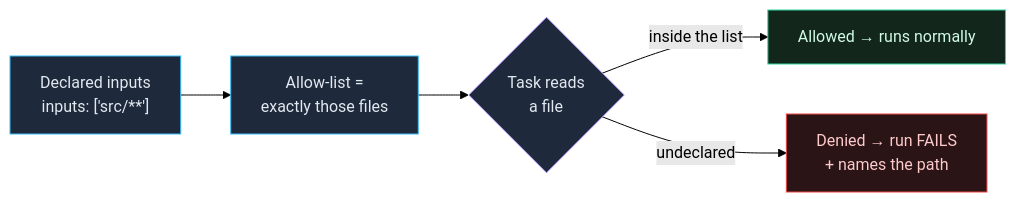
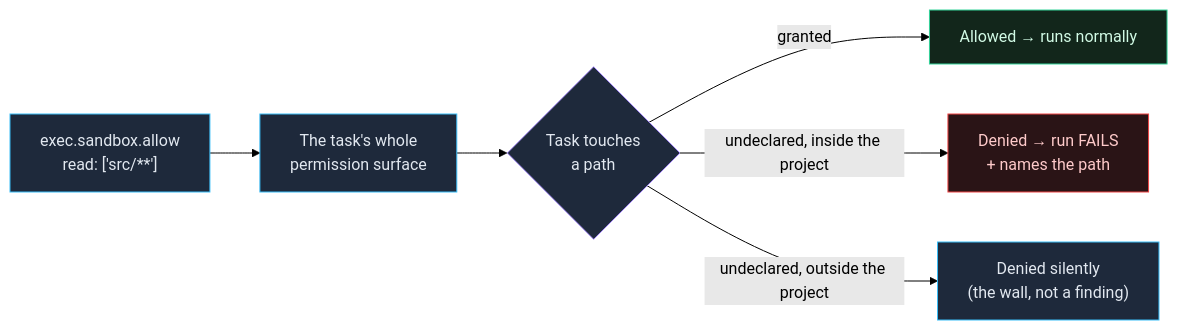
The diagram in apps/docs/src/content/docs/guides/sandboxing.md (vznjs/vx), drawn with Mermaid (forest theme) before and after one commit. The commit also changed other lines of this file and 13 other files, not shown here.

First line of the commit message:
docs: the sandbox is one capability interface, under exec

````diff
--- a/apps/docs/src/content/docs/guides/sandboxing.md
+++ b/apps/docs/src/content/docs/guides/sandboxing.md
@@ -26,15 +31,17 @@
 ```mermaid
 flowchart LR
-  decl["Declared inputs<br/>inputs: ['src/**']"] --> allow["Allow-list =<br/>exactly those files"]
-  allow --> read{"Task reads<br/>a file"}
-  read -->|"inside the list"| ok["Allowed → runs normally"]
-  read -->|"undeclared"| deny["Denied → run FAILS<br/>+ names the path"]
+  decl["exec.sandbox.allow<br/>read: ['src/**']"] --> allow["The task's whole<br/>permission surface"]
+  allow --> read{"Task touches<br/>a path"}
+  read -->|"granted"| ok["Allowed → runs normally"]
+  read -->|"undeclared, inside the project"| deny["Denied → run FAILS<br/>+ names the path"]
+  read -->|"undeclared, outside the project"| wall["Denied silently<br/>(the wall, not a finding)"]
   classDef step fill:#1e293b,stroke:#38bdf8,color:#e2e8f0
   classDef decide fill:#1e293b,stroke:#a78bfa,color:#e2e8f0
   classDef good fill:#12261b,stroke:#34d399,color:#d1fae5
   classDef bad fill:#2a1416,stroke:#ef4444,color:#fecaca
   class decl,allow step
   class read decide
   class ok good
   class deny bad
+  class wall step
 ```
````
